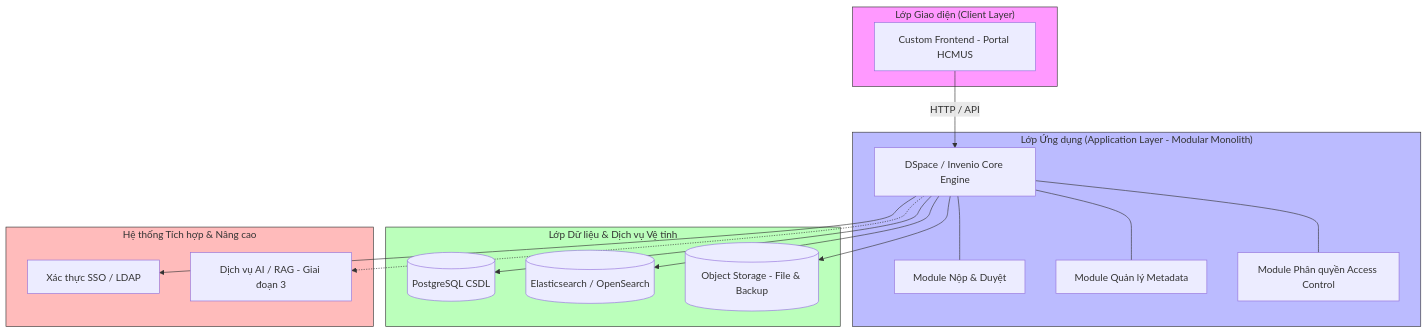
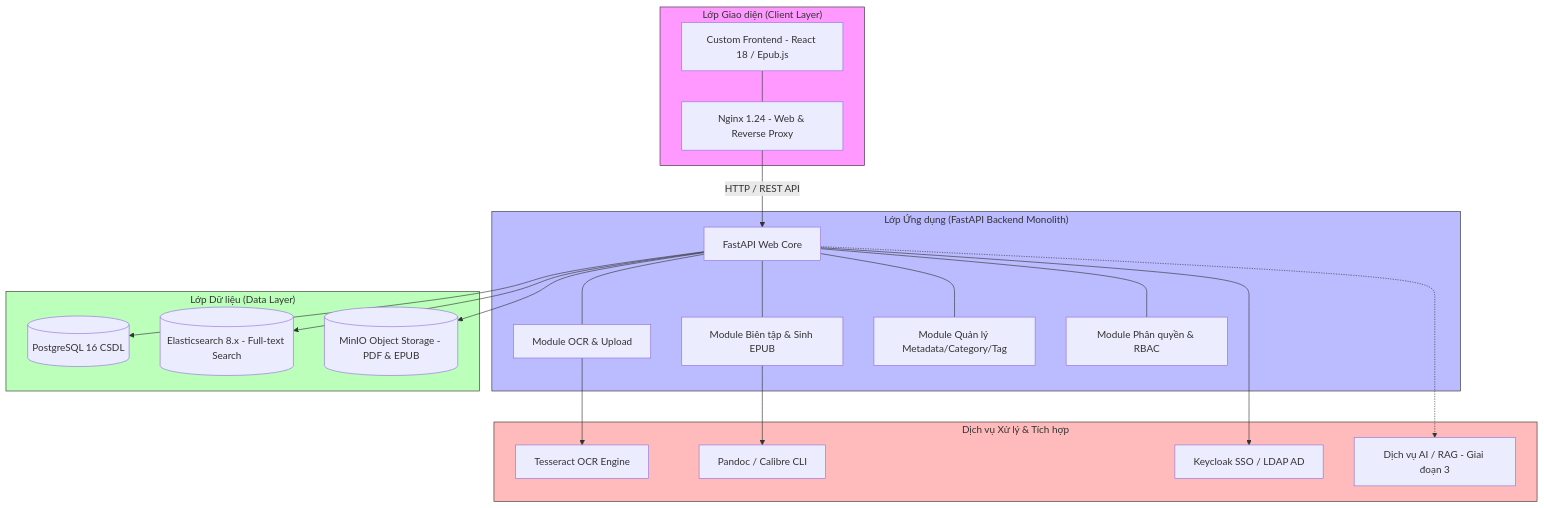
Before and after one commit to se-bros/hcmus-projectmanage--lab: the diagram in docs/images/system_architecture.mmd, drawn with Mermaid. The commit also changed other lines of this file and 44 other files, not shown here.

Commit message:
feat: initialize project documentation and agent reference files with accompanying diagrams and PDF exports

```diff
--- a/docs/images/system_architecture.mmd
+++ b/docs/images/system_architecture.mmd
@@ -1,38 +1,46 @@
 graph TD
     subgraph ClientLayer ["Lớp Giao diện (Client Layer)"]
-        UI[Custom Frontend - Portal HCMUS]
+        UI[Custom Frontend - React 18 / Epub.js]
+        Web[Nginx 1.24 - Web & Reverse Proxy]
+        UI --- Web
     end
     
-    subgraph AppLayer ["Lớp Ứng dụng (Application Layer - Modular Monolith)"]
-        Core[DSpace / Invenio Core Engine]
-        SubWork[Module Nộp & Duyệt]
-        SubMeta[Module Quản lý Metadata]
-        SubAccess[Module Phân quyền Access Control]
+    subgraph AppLayer ["Lớp Ứng dụng (FastAPI Backend Monolith)"]
+        Core[FastAPI Web Core]
+        SubOCR[Module OCR & Upload]
+        SubEPUB[Module Biên tập & Sinh EPUB]
+        SubMeta[Module Quản lý Metadata/Category/Tag]
+        SubAccess[Module Phân quyền & RBAC]
         
-        Core --- SubWork
+        Core --- SubOCR
+        Core --- SubEPUB
         Core --- SubMeta
         Core --- SubAccess
     end
     
-    subgraph DataLayer ["Lớp Dữ liệu & Dịch vụ Vệ tinh"]
-        DB[(PostgreSQL CSDL)]
-        Search[(Elasticsearch / OpenSearch)]
-        Storage[(Object Storage - File & Backup)]
+    subgraph DataLayer ["Lớp Dữ liệu (Data Layer)"]
+        DB[(PostgreSQL 16 CSDL)]
+        Search[(Elasticsearch 8.x - Full-text Search)]
+        Storage[(MinIO Object Storage - PDF & EPUB)]
     end
     
-    subgraph ExternalLayer ["Hệ thống Tích hợp & Nâng cao"]
-        SSO[Xác thực SSO / LDAP]
+    subgraph ProcessingLayer ["Dịch vụ Xử lý & Tích hợp"]
+        Tess[Tesseract OCR Engine]
+        Pan[Pandoc / Calibre CLI]
+        SSO[Keycloak SSO / LDAP AD]
         AI[Dịch vụ AI / RAG - Giai đoạn 3]
     end
     
-    UI -->|HTTP / API| Core
+    Web -->|HTTP / REST API| Core
     Core --> DB
     Core --> Search
     Core --> Storage
+    SubOCR --> Tess
+    SubEPUB --> Pan
     Core --> SSO
     Core -.-> AI
     
     style ClientLayer fill:#f9f,stroke:#333;
     style AppLayer fill:#bbf,stroke:#333;
     style DataLayer fill:#bfb,stroke:#333;
-    style ExternalLayer fill:#fbb,stroke:#333;
+    style ProcessingLayer fill:#fbb,stroke:#333;
```
